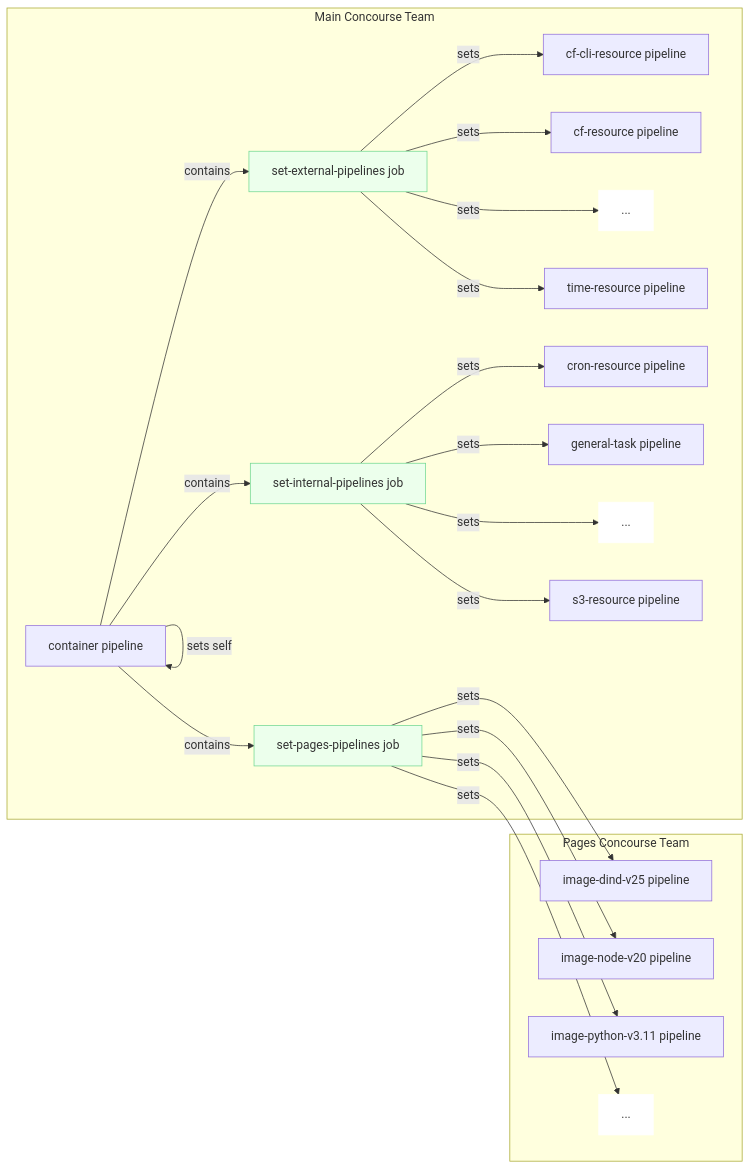
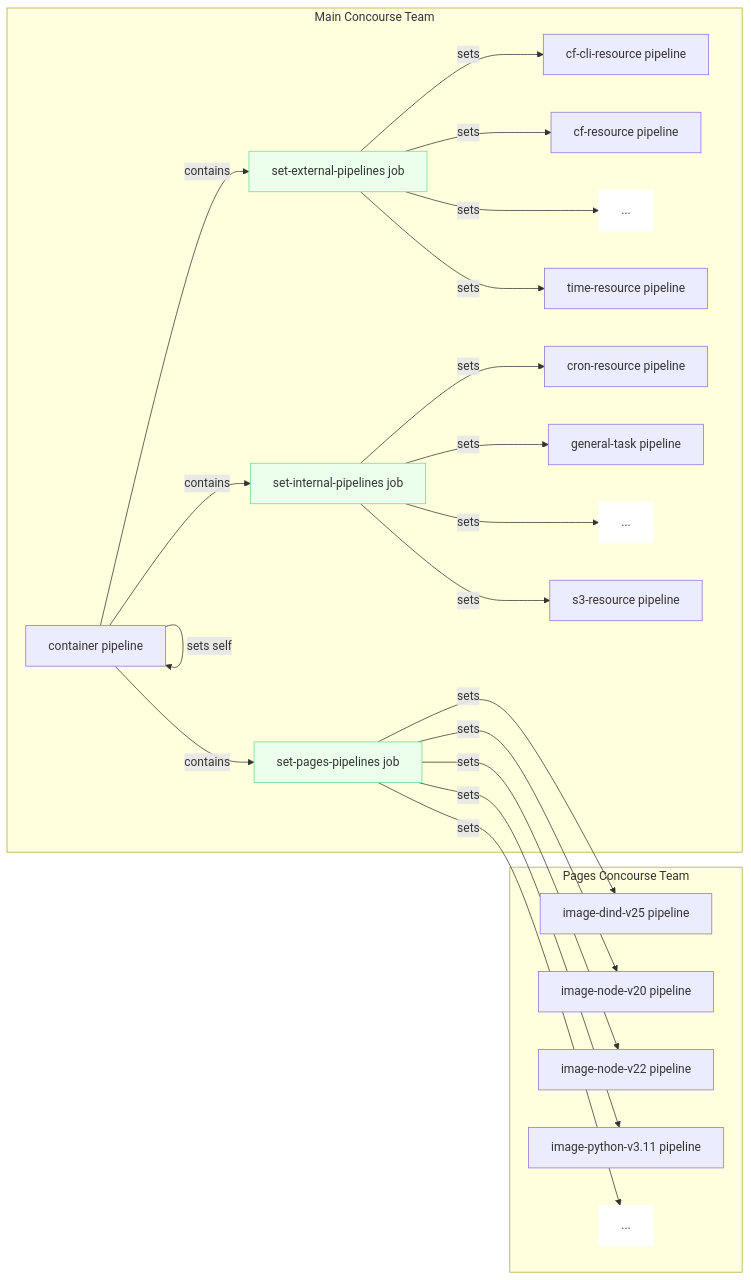
The diagram in README.md (cloud-gov/common-pipelines), drawn with Mermaid before and after one commit. The commit also changed other lines of this file and 2 other files, not shown here.

Commit message:
feat: Add Pages Nodejs v22

````diff
--- a/README.md
+++ b/README.md
@@ -25,29 +25,30 @@
 ```mermaid
 flowchart LR
     classDef ellipses fill:#ffffff,stroke:#ffffff
     classDef job fill:#ecffec,stroke:#73d893
 
     subgraph Main Concourse Team
         container["container pipeline"]
         container -->|sets self| container
         container -->|contains| external["set-external-pipelines job"]:::job
         container -->|contains| internal["set-internal-pipelines job"]:::job
         container -->|contains| pages["set-pages-pipelines job"]:::job
 
         external -->|sets| cf-cli-resource["cf-cli-resource pipeline"]
         external -->|sets| cf-resource["cf-resource pipeline"]
         external -->|sets| external-etc["..."]:::ellipses
         external -->|sets| time-resource["time-resource pipeline"]
         internal -->|sets| cron-resource["cron-resource pipeline"]
         internal -->|sets| general-task["general-task pipeline"]
         internal -->|sets| internal-etc["..."]:::ellipses
         internal -->|sets| s3-resource["s3-resource pipeline"]
     end
-    
+
     subgraph Pages Concourse Team
         pages -->|sets| pages-dind-v25["image-dind-v25 pipeline"]
         pages -->|sets| pages-node-v20["image-node-v20 pipeline"]
+        pages -->|sets| pages-node-v22["image-node-v22 pipeline"]
         pages -->|sets| pages-python-v3["image-python-v3.11 pipeline"]
         pages -->|sets| pages-etc["..."]:::ellipses
     end
 ```
````
